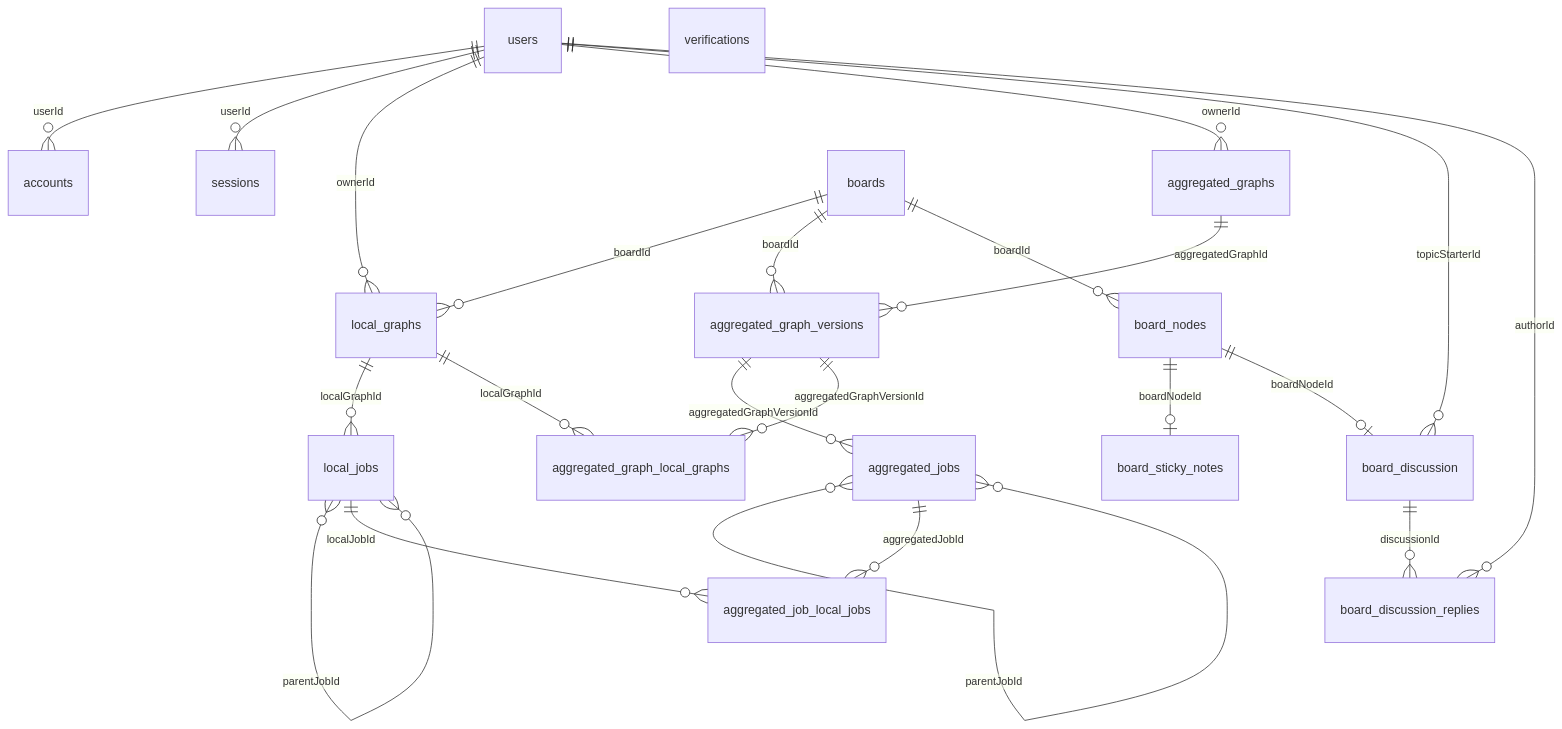
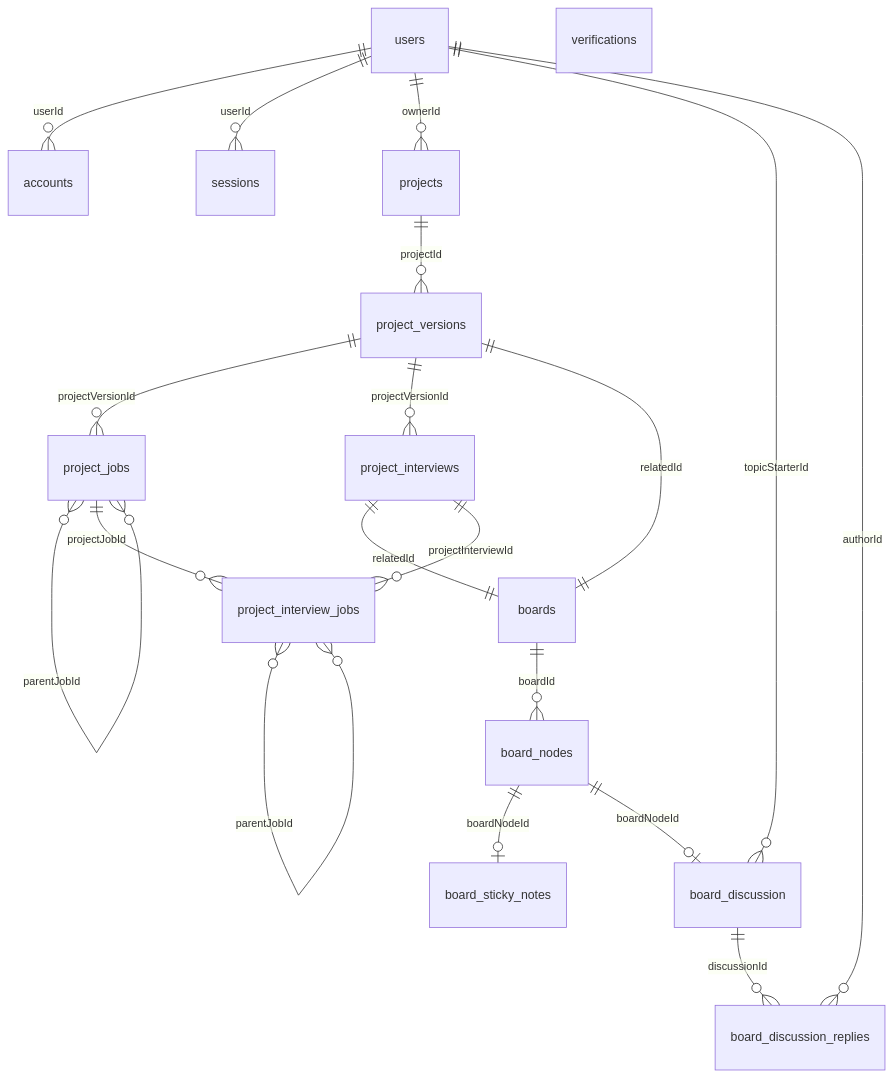
One commit to w7it/jtbd changed the diagram in docs/erd.md. Above: the diagram before and after it, drawn with Mermaid. The commit also changed 7 other files, not shown here.

Commit message:
style: replace graphs with projects

````diff
--- a/docs/erd.md
+++ b/docs/erd.md
@@ -3,34 +3,31 @@
 ```mermaid
 erDiagram
     users ||--o{ accounts : "userId"
     users ||--o{ sessions : "userId"
-    users ||--o{ local_graphs : "ownerId"
-    users ||--o{ aggregated_graphs : "ownerId"
+    users ||--o{ projects : "ownerId"
     users ||--o{ board_discussion : "topicStarterId"
     users ||--o{ board_discussion_replies : "authorId"
 
-    boards ||--o{ local_graphs : "boardId"
-    boards ||--o{ aggregated_graph_versions : "boardId"
+    projects ||--o{ project_versions : "projectId"
+
+    project_versions ||--o{ project_jobs : "projectVersionId"
+    project_versions ||--o{ project_interviews : "projectVersionId"
+    project_versions ||--|| boards : "relatedId"
+
+    project_jobs }o--o{ project_jobs : "parentJobId"
+    project_jobs ||--o{ project_interview_jobs : "projectJobId"
+
+    project_interviews ||--|| boards : "relatedId"
+    project_interviews ||--o{ project_interview_jobs : "projectInterviewId"
+
+    project_interview_jobs }o--o{ project_interview_jobs : "parentJobId"
+
     boards ||--o{ board_nodes : "boardId"
-
-    local_graphs ||--o{ local_jobs : "localGraphId"
-    local_graphs ||--o{ aggregated_graph_local_graphs : "localGraphId"
-
-    local_jobs }o--o{ local_jobs : "parentJobId"
-    local_jobs ||--o{ aggregated_job_local_jobs : "localJobId"
-
-    aggregated_graphs ||--o{ aggregated_graph_versions : "aggregatedGraphId"
-
-    aggregated_graph_versions ||--o{ aggregated_jobs : "aggregatedGraphVersionId"
-    aggregated_graph_versions ||--o{ aggregated_graph_local_graphs : "aggregatedGraphVersionId"
-
-    aggregated_jobs }o--o{ aggregated_jobs : "parentJobId"
-    aggregated_jobs ||--o{ aggregated_job_local_jobs : "aggregatedJobId"
 
     board_nodes ||--o| board_sticky_notes : "boardNodeId"
     board_nodes ||--o| board_discussion : "boardNodeId"
 
     board_discussion ||--o{ board_discussion_replies : "discussionId"
 
     verifications
 ```
````
